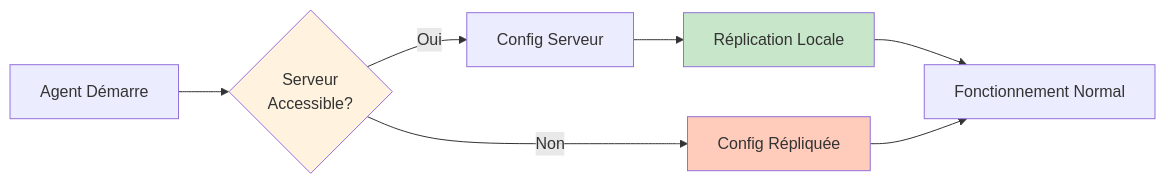
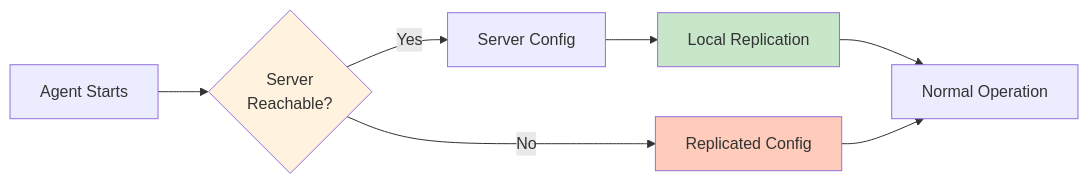
One commit to senhub-io/senhub-agent changed the third of 13 diagrams in docs/user-guide/OPERATING-MODES.md. Above: the diagram before and after it, drawn with Mermaid. The commit also changed other lines of this file and 1 other file, not shown here.

````diff
--- a/docs/user-guide/OPERATING-MODES.md
+++ b/docs/user-guide/OPERATING-MODES.md
@@ -175,14 +175,14 @@
 ```mermaid
 graph LR
-    A[Agent Démarre] --> B{Serveur<br/>Accessible?}
-    B -->|Oui| C[Config Serveur]
-    B -->|Non| D[Config Répliquée]
+    A[Agent Starts] --> B{Server<br/>Reachable?}
+    B -->|Yes| C[Server Config]
+    B -->|No| D[Replicated Config]
 
-    C --> E[Réplication Locale]
-    E --> F[Fonctionnement Normal]
+    C --> E[Local Replication]
+    E --> F[Normal Operation]
     D --> F
 
     style B fill:#fff3e0
     style D fill:#ffccbc
     style E fill:#c8e6c9
 ```
````
